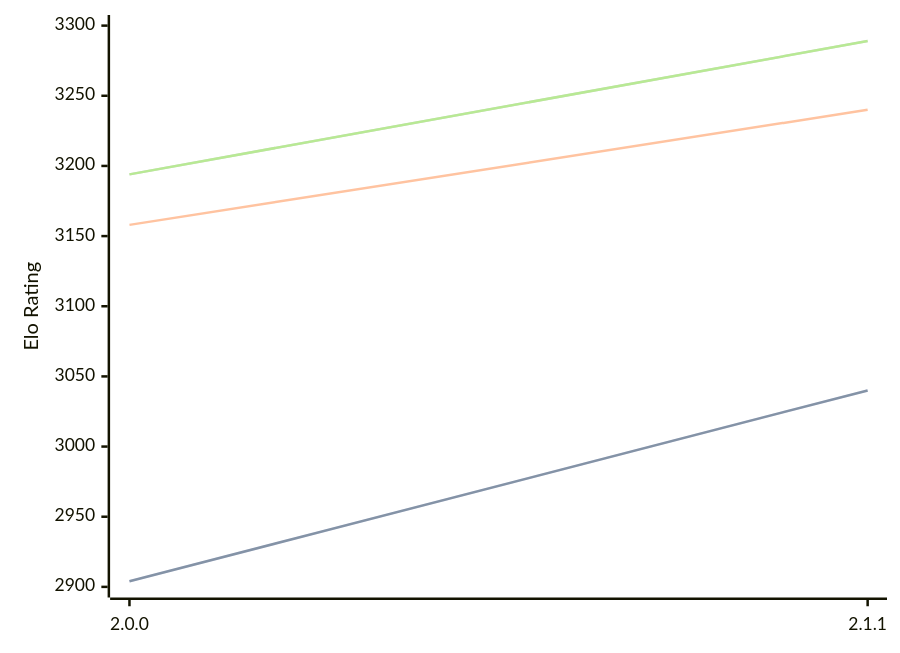
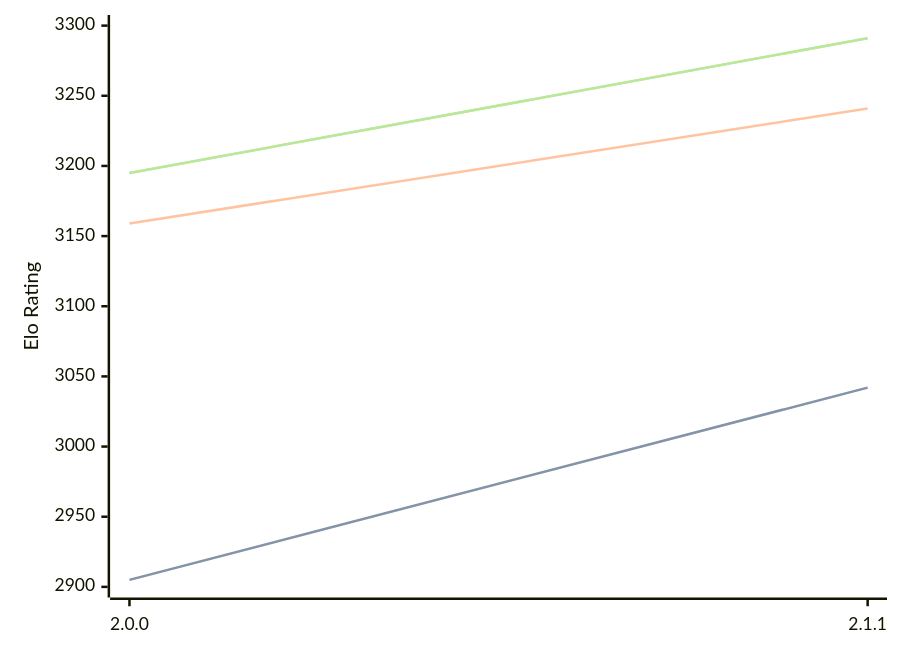
One commit to computer-chess-index/cci changed the diagram in engines/Bread.md. Above: the diagram before and after it, drawn with Mermaid. The commit also changed other lines of this file, not shown here.

Commit message:
Update CCI Ratings (ELO VLTC) - 2026-02-21

````diff
--- a/engines/Bread.md
+++ b/engines/Bread.md
@@ -47,11 +47,11 @@
 ```mermaid
 %%{init: {"theme":"base","themeVariables":{"seriesColors:['#a3a3a3','#222221','#faa371']}}}%%
 xychart-beta
   x-axis ["2.0.0", "2.1.1"]
   y-axis "Elo Rating" 2900 --> 3300
-  line "STC (8.0+0.08s)" [2904, 3040]
-  line "STC (8.0+0.08s)" [2904, 3040]
-  line "LTC (60.0+0.60s)" [3158, 3240]
-  line "VLTC (2m24s+1.12s)" [3194, 3289]
-  line "VLTC (2m24s+1.12s)" [3194, 3289]
+  line "STC (8.0+0.08s)" [2905, 3042]
+  line "STC (8.0+0.08s)" [2905, 3042]
+  line "LTC (60.0+0.60s)" [3159, 3241]
+  line "VLTC (2m24s+1.12s)" [3195, 3291]
+  line "VLTC (2m24s+1.12s)" [3195, 3291]
 ```
````
